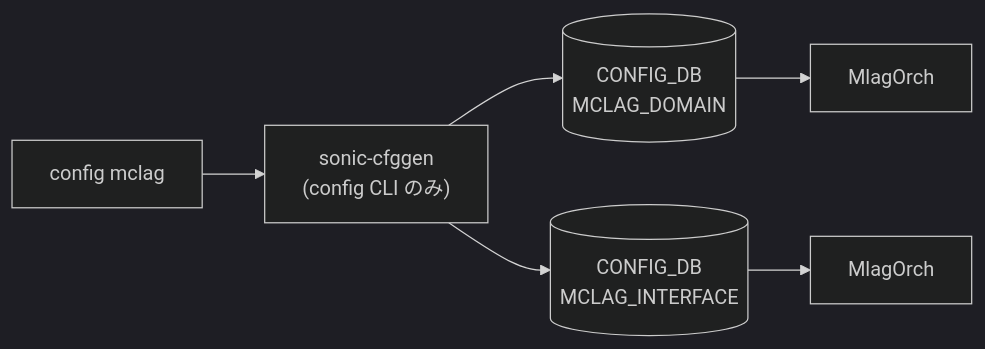
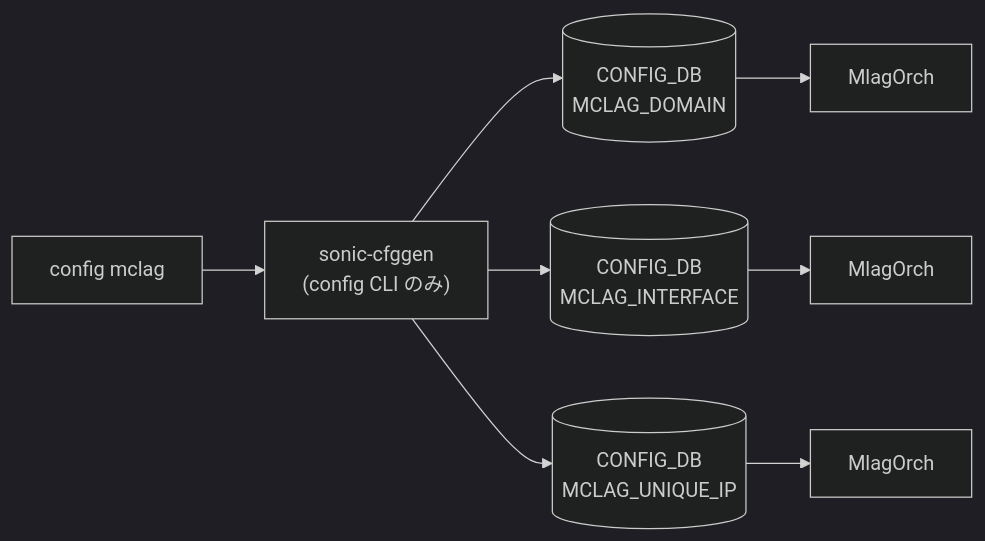
The diagram in docs/reference/cli/config-mclag.md (aoki-taquan/sonic-unofficial-docs), drawn with Mermaid (dark theme) before and after one commit. The commit also changed 5 other files, not shown here.

First line of the commit message:
review: batch 053 fixes — typo / mermaid / footnote corrections

````diff
--- a/docs/reference/cli/config-mclag.md
+++ b/docs/reference/cli/config-mclag.md
@@ -97,14 +97,18 @@
 ```mermaid
 flowchart LR
   CLI["config mclag"]
   SC["sonic-cfggen<br/>(config CLI のみ)"]
   CLI --> SC
   CDB0[("CONFIG_DB<br/>MCLAG_DOMAIN")]
   SC --> CDB0
   DM0["MlagOrch"]
   CDB0 --> DM0
   CDB1[("CONFIG_DB<br/>MCLAG_INTERFACE")]
   SC --> CDB1
   DM1["MlagOrch"]
   CDB1 --> DM1
+  CDB2[("CONFIG_DB<br/>MCLAG_UNIQUE_IP")]
+  SC --> CDB2
+  DM2["MlagOrch"]
+  CDB2 --> DM2
 ```
````
